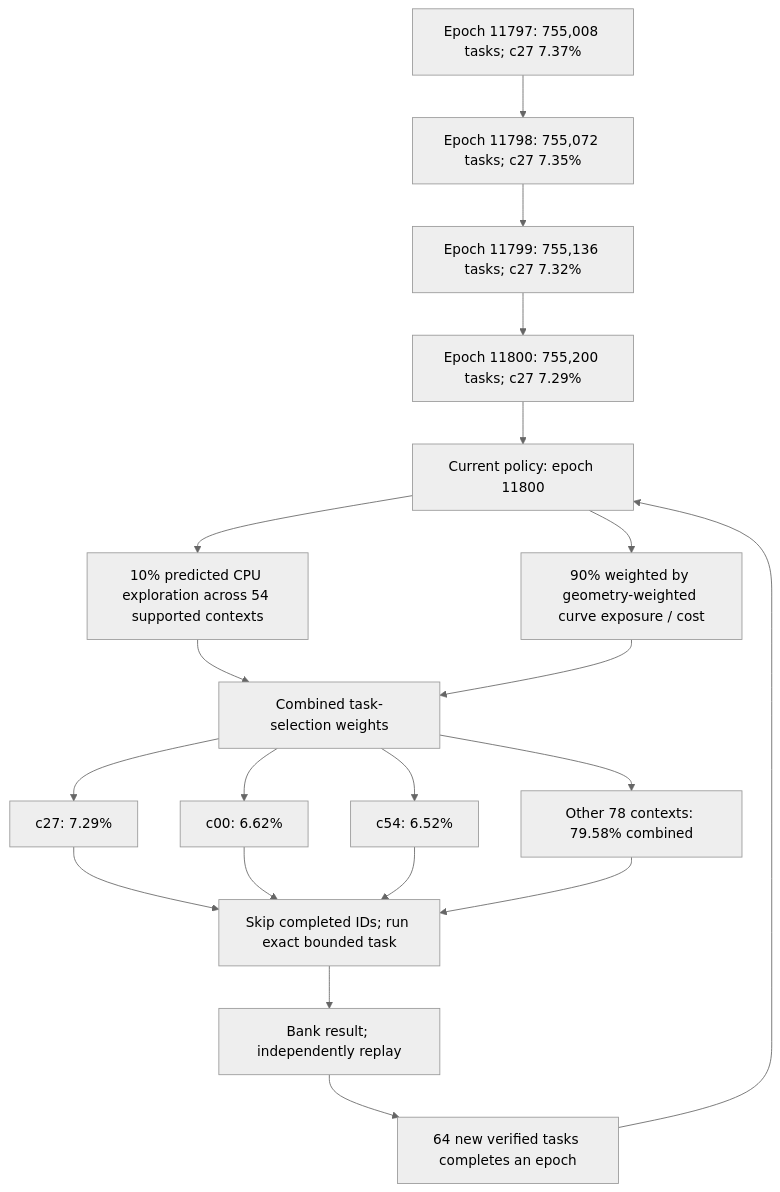
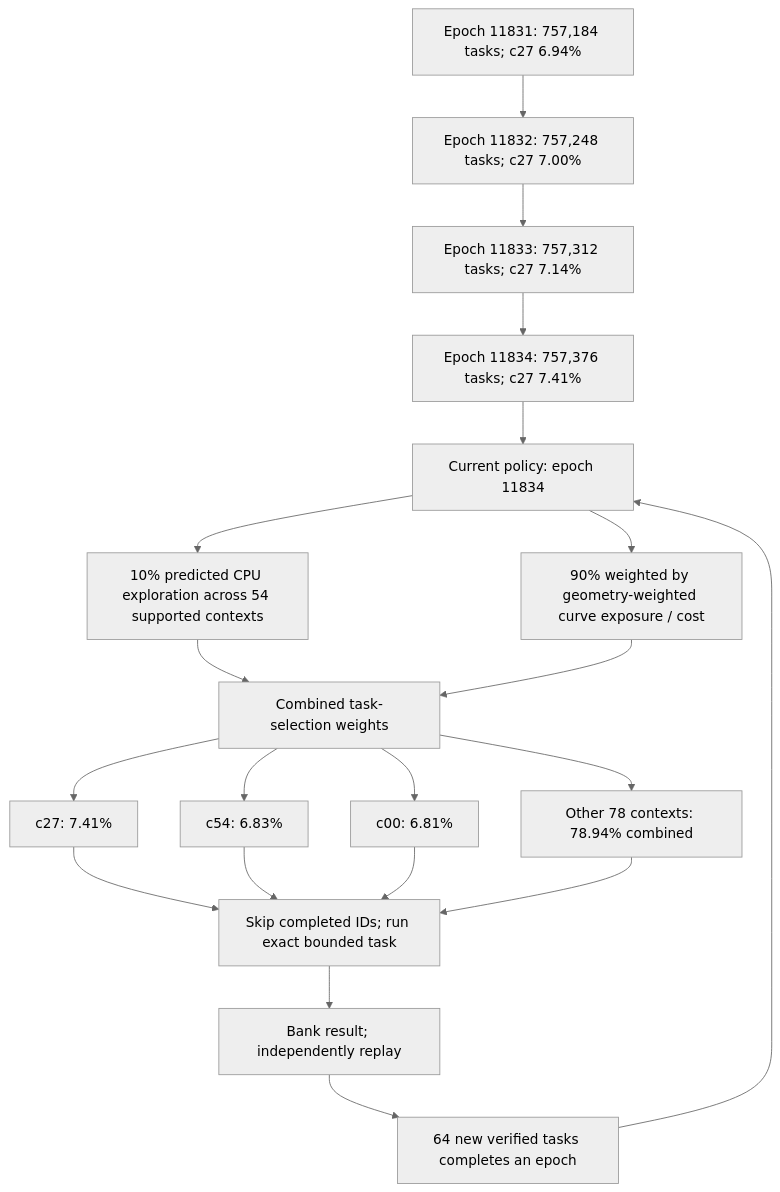
The first of 4 diagrams in README.md (Kuberwastaken/math-gambling), drawn with Mermaid (neutral theme) before and after one commit. The commit also changed other lines of this file and 6550 other files, not shown here.

````diff
--- a/README.md
+++ b/README.md
@@ -60,27 +60,27 @@
 ```mermaid
 flowchart TD
-    H0["Epoch 11797: 755,008 tasks; c27 7.37%"]
-    H1["Epoch 11798: 755,072 tasks; c27 7.35%"]
+    H0["Epoch 11831: 757,184 tasks; c27 6.94%"]
+    H1["Epoch 11832: 757,248 tasks; c27 7.00%"]
     H0 --> H1
-    H2["Epoch 11799: 755,136 tasks; c27 7.32%"]
+    H2["Epoch 11833: 757,312 tasks; c27 7.14%"]
     H1 --> H2
-    H3["Epoch 11800: 755,200 tasks; c27 7.29%"]
+    H3["Epoch 11834: 757,376 tasks; c27 7.41%"]
     H2 --> H3
-    Policy["Current policy: epoch 11800"]
+    Policy["Current policy: epoch 11834"]
     H3 --> Policy
     Policy --> Explore["10% predicted CPU exploration across 54 supported contexts"]
     Policy --> Cost["90% weighted by geometry-weighted curve exposure / cost"]
     Explore --> Mix["Combined task-selection weights"]
     Cost --> Mix
-    Mix --> C0["c27: 7.29%"]
-    Mix --> C1["c00: 6.62%"]
-    Mix --> C2["c54: 6.52%"]
-    Mix --> Rest["Other 78 contexts: 79.58% combined"]
+    Mix --> C0["c27: 7.41%"]
+    Mix --> C1["c54: 6.83%"]
+    Mix --> C2["c00: 6.81%"]
+    Mix --> Rest["Other 78 contexts: 78.94% combined"]
     C0 --> Check["Skip completed IDs; run exact bounded task"]
     C1 --> Check
     C2 --> Check
     Rest --> Check
     Check --> Replay["Bank result; independently replay"]
     Replay --> Gate["64 new verified tasks completes an epoch"]
     Gate --> Policy
 ```
````
